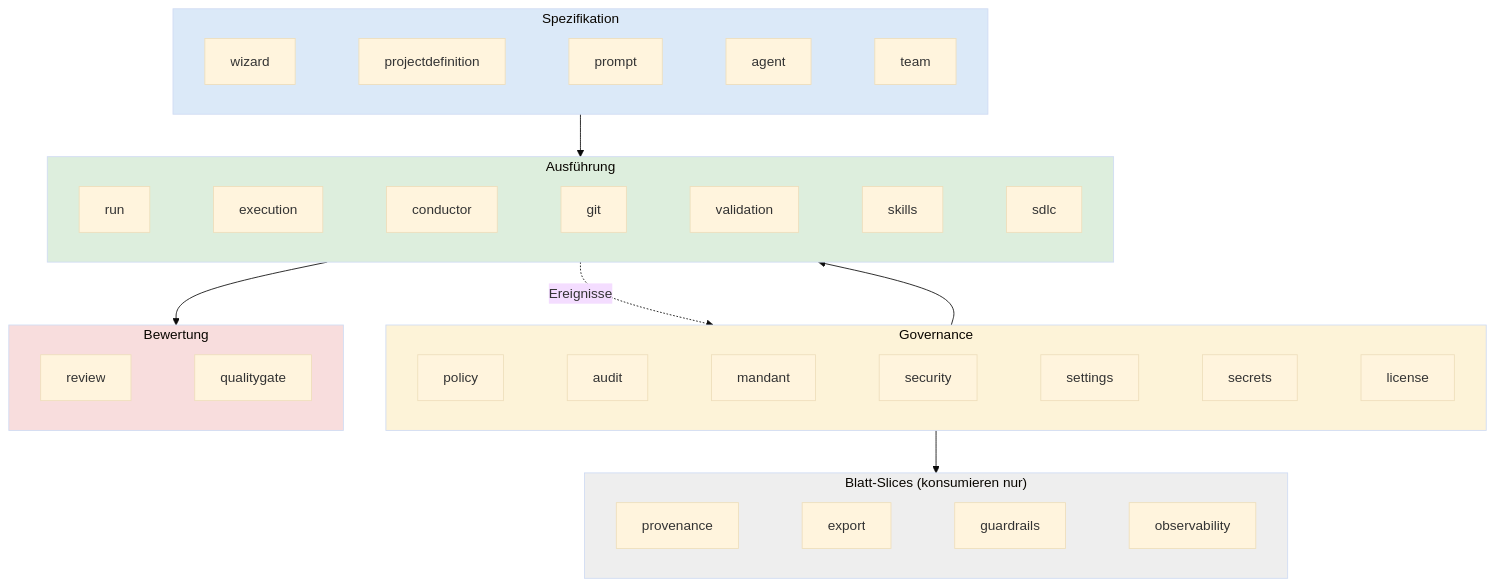
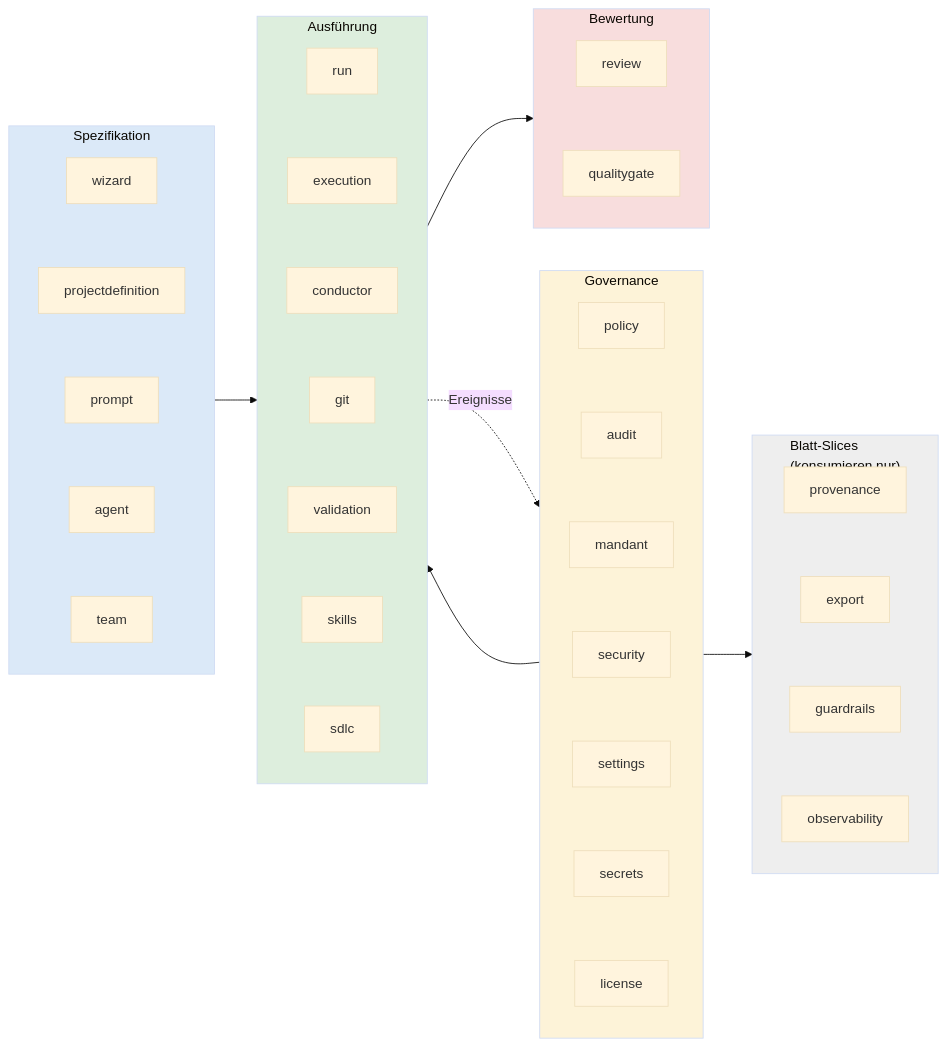
One commit to mjanda0815/agentic-publikation changed the diagram in abbildungen/abb23.mmd. Above: the diagram before and after it, drawn with Mermaid (base theme). The commit also changed 11 other files, not shown here.

First line of the commit message:
Abbildungen lesbarer: 16.1 zweizeilig, Kap.-19-Diagramme vergroessert

```diff
--- a/abbildungen/abb23.mmd
+++ b/abbildungen/abb23.mmd
@@ -1,31 +1,31 @@
-flowchart TB
+flowchart LR
     subgraph SPEC["Spezifikation"]
-        direction LR
+        direction TB
         WIZ["wizard"] ~~~ PD["projectdefinition"] ~~~ PR["prompt"] ~~~ AG["agent"] ~~~ TE["team"]
     end
     subgraph GOV["Governance"]
-        direction LR
+        direction TB
         POL["policy"] ~~~ AUD["audit"] ~~~ MAN["mandant"] ~~~ SECU["security"] ~~~ SET["settings"] ~~~ SECR["secrets"] ~~~ LIC["license"]
     end
     subgraph EXEC["Ausführung"]
-        direction LR
+        direction TB
         RUN["run"] ~~~ EX["execution"] ~~~ CON["conductor"] ~~~ GT["git"] ~~~ VAL["validation"] ~~~ SK["skills"] ~~~ SD["sdlc"]
     end
     subgraph QUAL["Bewertung"]
-        direction LR
+        direction TB
         REV["review"] ~~~ QG["qualitygate"]
     end
-    subgraph LEAF["Blatt-Slices (konsumieren nur)"]
-        direction LR
+    subgraph LEAF["Blatt-Slices<br/>(konsumieren nur)"]
+        direction TB
         PROV["provenance"] ~~~ EXP["export"] ~~~ GR["guardrails"] ~~~ OBS["observability"]
     end
     SPEC --> EXEC
     GOV --> EXEC
     EXEC --> QUAL
     EXEC -. "Ereignisse" .-> GOV
     GOV --> LEAF
     style SPEC fill:#dbe9f8
     style EXEC fill:#ddeedd
     style QUAL fill:#f8dddd
     style GOV fill:#fdf3d8
     style LEAF fill:#eeeeee
```
